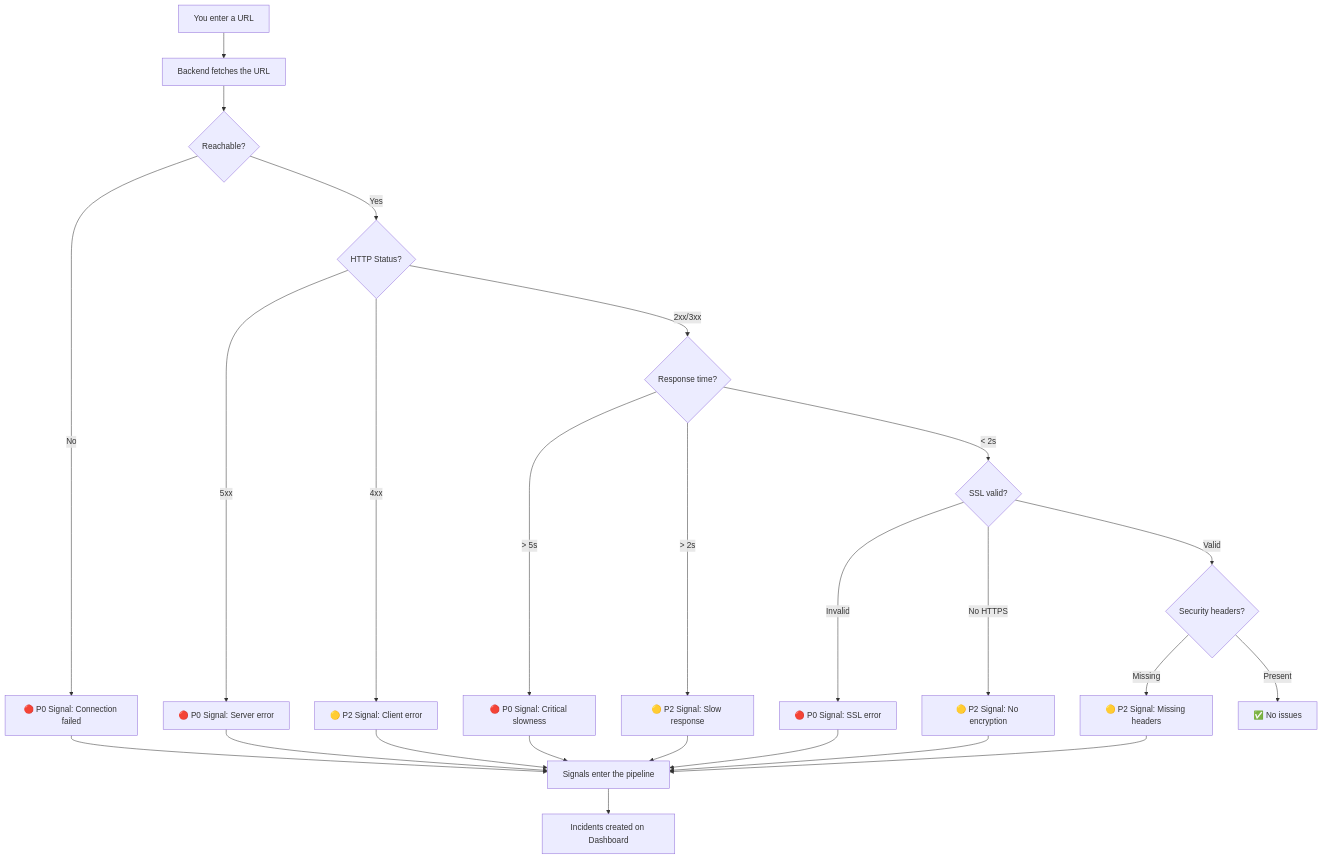
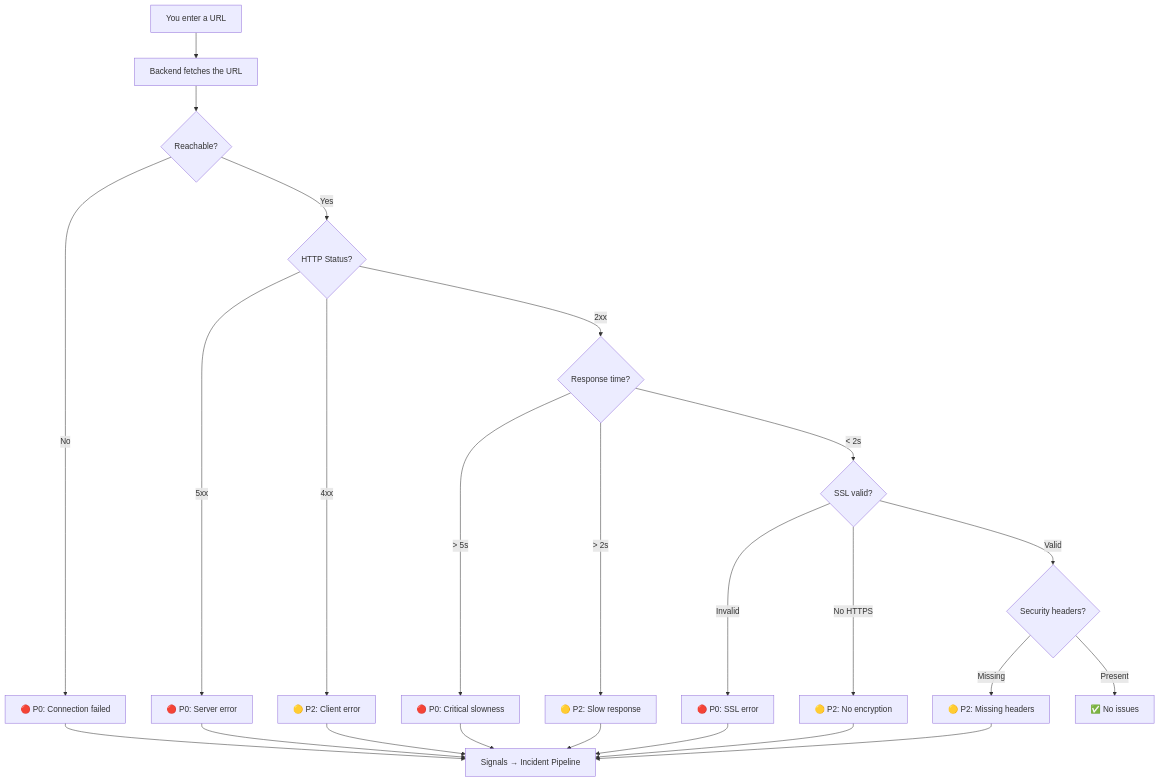
Before and after one commit to ManishKudtarkar/incident-management: the fifth of 8 diagrams in README.md, drawn with Mermaid. The commit also changed other lines of this file and 9 other files, not shown here.

````diff
--- a/README.md
+++ b/README.md
@@ -237,21 +243,19 @@
 ```mermaid
 flowchart TD
     INPUT[You enter a URL] --> FETCH[Backend fetches the URL]
     FETCH --> C1{Reachable?}
-    C1 -->|No| SIG1[🔴 P0 Signal: Connection failed]
+    C1 -->|No| SIG1[🔴 P0: Connection failed]
     C1 -->|Yes| C2{HTTP Status?}
-    C2 -->|5xx| SIG2[🔴 P0 Signal: Server error]
-    C2 -->|4xx| SIG3[🟡 P2 Signal: Client error]
-    C2 -->|2xx/3xx| C3{Response time?}
-    C3 -->|> 5s| SIG4[🔴 P0 Signal: Critical slowness]
-    C3 -->|> 2s| SIG5[🟡 P2 Signal: Slow response]
+    C2 -->|5xx| SIG2[🔴 P0: Server error]
+    C2 -->|4xx| SIG3[🟡 P2: Client error]
+    C2 -->|2xx| C3{Response time?}
+    C3 -->|> 5s| SIG4[🔴 P0: Critical slowness]
+    C3 -->|> 2s| SIG5[🟡 P2: Slow response]
     C3 -->|< 2s| C4{SSL valid?}
-    C4 -->|Invalid| SIG6[🔴 P0 Signal: SSL error]
-    C4 -->|No HTTPS| SIG7[🟡 P2 Signal: No encryption]
+    C4 -->|Invalid| SIG6[🔴 P0: SSL error]
+    C4 -->|No HTTPS| SIG7[🟡 P2: No encryption]
     C4 -->|Valid| C5{Security headers?}
-    C5 -->|Missing| SIG8[🟡 P2 Signal: Missing headers]
+    C5 -->|Missing| SIG8[🟡 P2: Missing headers]
     C5 -->|Present| OK[✅ No issues]
-
-    SIG1 & SIG2 & SIG3 & SIG4 & SIG5 & SIG6 & SIG7 & SIG8 --> PIPELINE[Signals enter the pipeline]
-    PIPELINE --> INCIDENT[Incidents created on Dashboard]
+    SIG1 & SIG2 & SIG3 & SIG4 & SIG5 & SIG6 & SIG7 & SIG8 --> PIPELINE[Signals → Incident Pipeline]
 ```
````
